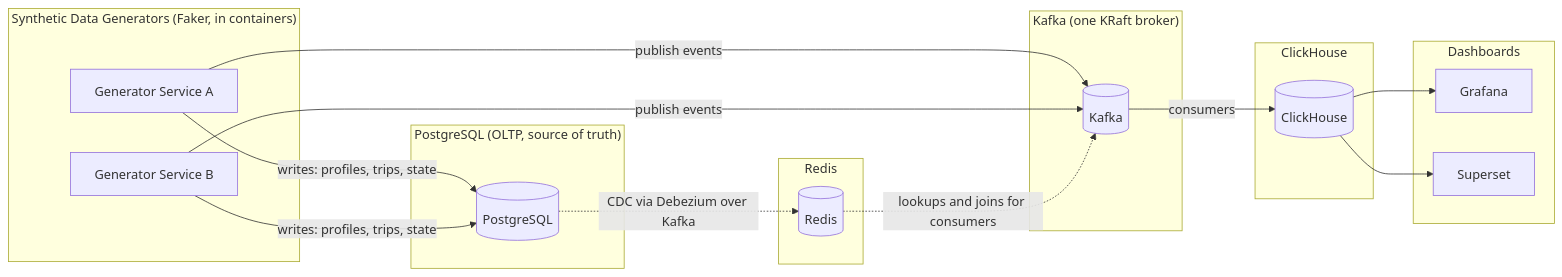
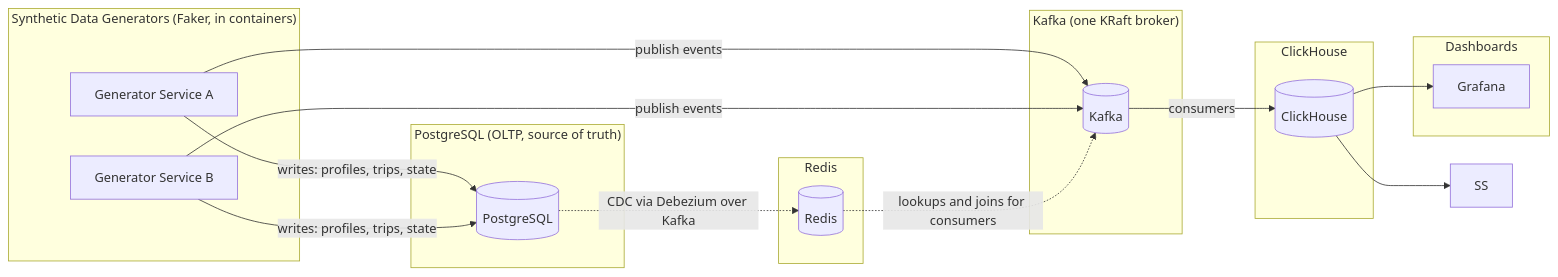
One commit to bahman-farhadian/Meanul-Data-Studio changed the first of 9 diagrams in README.md. Above: the diagram before and after it, drawn with Mermaid. The commit also changed other lines of this file and 16 other files, not shown here.

````diff
--- a/README.md
+++ b/README.md
@@ -53,41 +53,40 @@
 ```mermaid
 graph LR
     subgraph Generators ["Synthetic Data Generators (Faker, in containers)"]
         G1["Generator Service A"]
         G2["Generator Service B"]
     end
 
     subgraph OLTP ["PostgreSQL (OLTP, source of truth)"]
         PG[("PostgreSQL")]
     end
 
     subgraph Cache ["Redis"]
         R[("Redis")]
     end
 
     subgraph Streaming ["Kafka (one KRaft broker)"]
         K[("Kafka")]
     end
 
     subgraph OLAP ["ClickHouse"]
         CH[("ClickHouse")]
     end
 
     subgraph Dashboards ["Dashboards"]
         GF["Grafana"]
-        SS["Superset"]
     end
 
     G1 -->|"writes: profiles, trips, state"| PG
     G2 -->|"writes: profiles, trips, state"| PG
     PG -.->|"CDC via Debezium over Kafka"| R
 
     G1 -->|"publish events"| K
     G2 -->|"publish events"| K
 
     R -.->|"lookups and joins for consumers"| K
     K -->|"consumers"| CH
 
     CH --> GF
     CH --> SS
 ```
````
